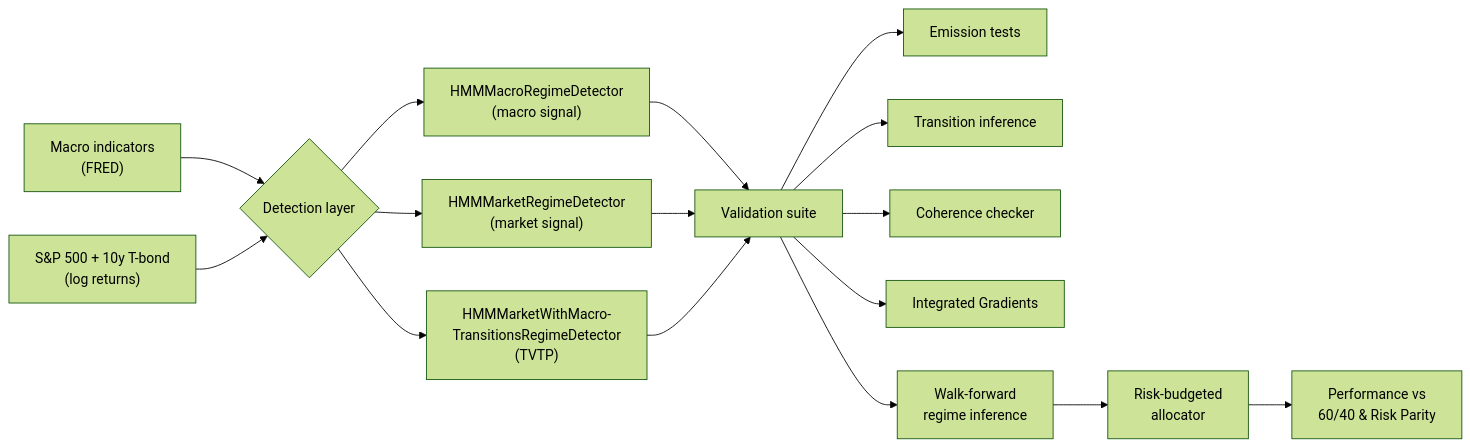
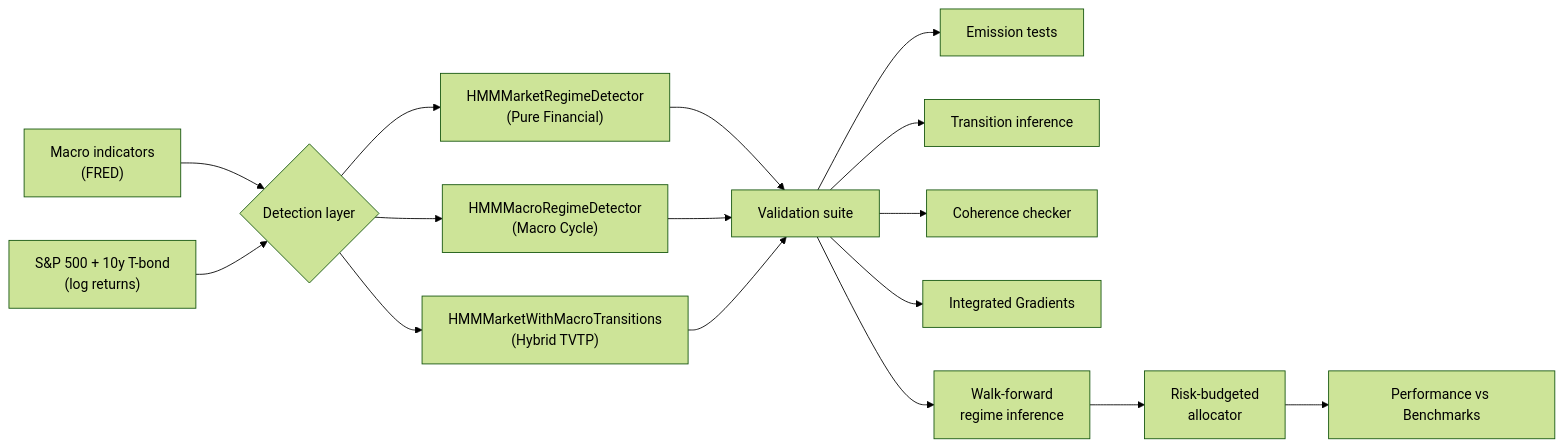
The diagram in README.md (EnsaeStatApp/CorrelationEquityBond), drawn with Mermaid (forest theme) before and after one commit. The commit also changed other lines of this file, not shown here.

````diff
--- a/README.md
+++ b/README.md
@@ -47,18 +43,19 @@
 ```mermaid
 flowchart LR
     A["Macro indicators<br/>(FRED)"] --> D{Detection layer}
     B["S&P 500 + 10y T-bond<br/>(log returns)"] --> D
-    D --> M1["HMMMacroRegimeDetector<br/>(macro signal)"]
-    D --> M2["HMMMarketRegimeDetector<br/>(market signal)"]
-    D --> M3["HMMMarketWithMacro-<br/>TransitionsRegimeDetector<br/>(TVTP)"]
+    D --> M1["HMMMarketRegimeDetector<br/>(Pure Financial)"]
+    D --> M2["HMMMacroRegimeDetector<br/>(Macro Cycle)"]
+    D --> M3["HMMMarketWithMacroTransitions<br/>(Hybrid TVTP)"]
     M1 --> V[Validation suite]
     M2 --> V
     M3 --> V
     V --> V1[Emission tests]
     V --> V2[Transition inference]
     V --> V3[Coherence checker]
     V --> V4[Integrated Gradients]
     V --> WF[Walk-forward<br/>regime inference]
     WF --> ALLOC[Risk-budgeted<br/>allocator]
-    ALLOC --> PERF[Performance vs<br/>60/40 & Risk Parity]
+    ALLOC --> PERF[Performance vs Benchmarks]
+
 ```
````
